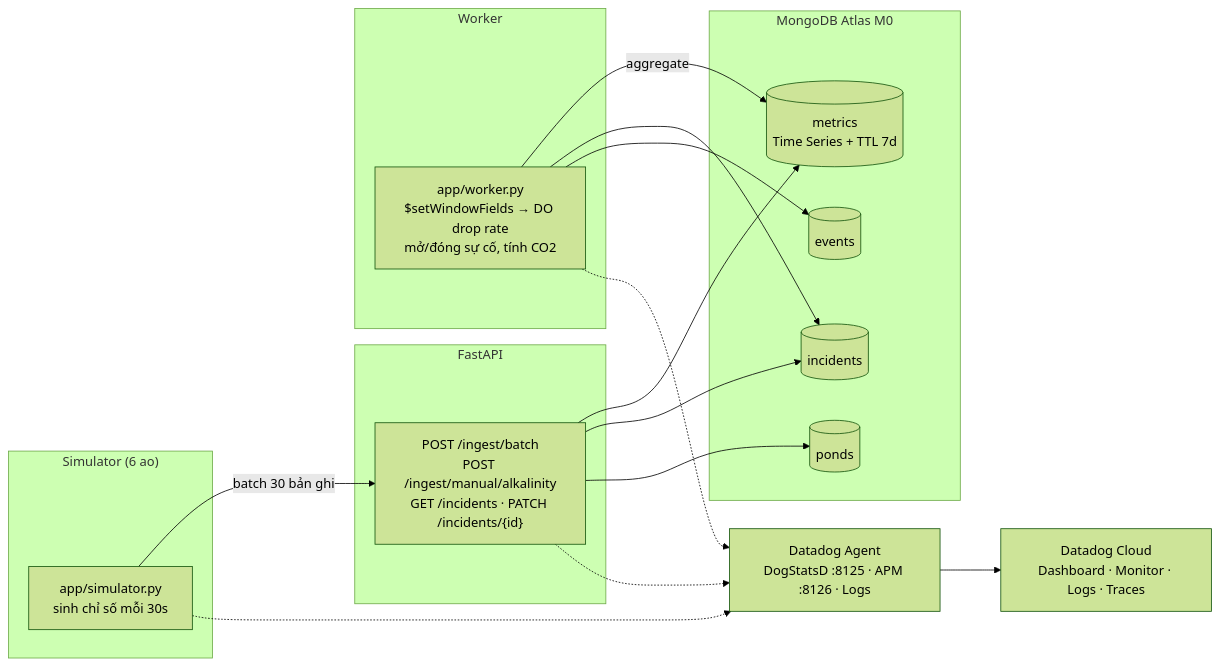
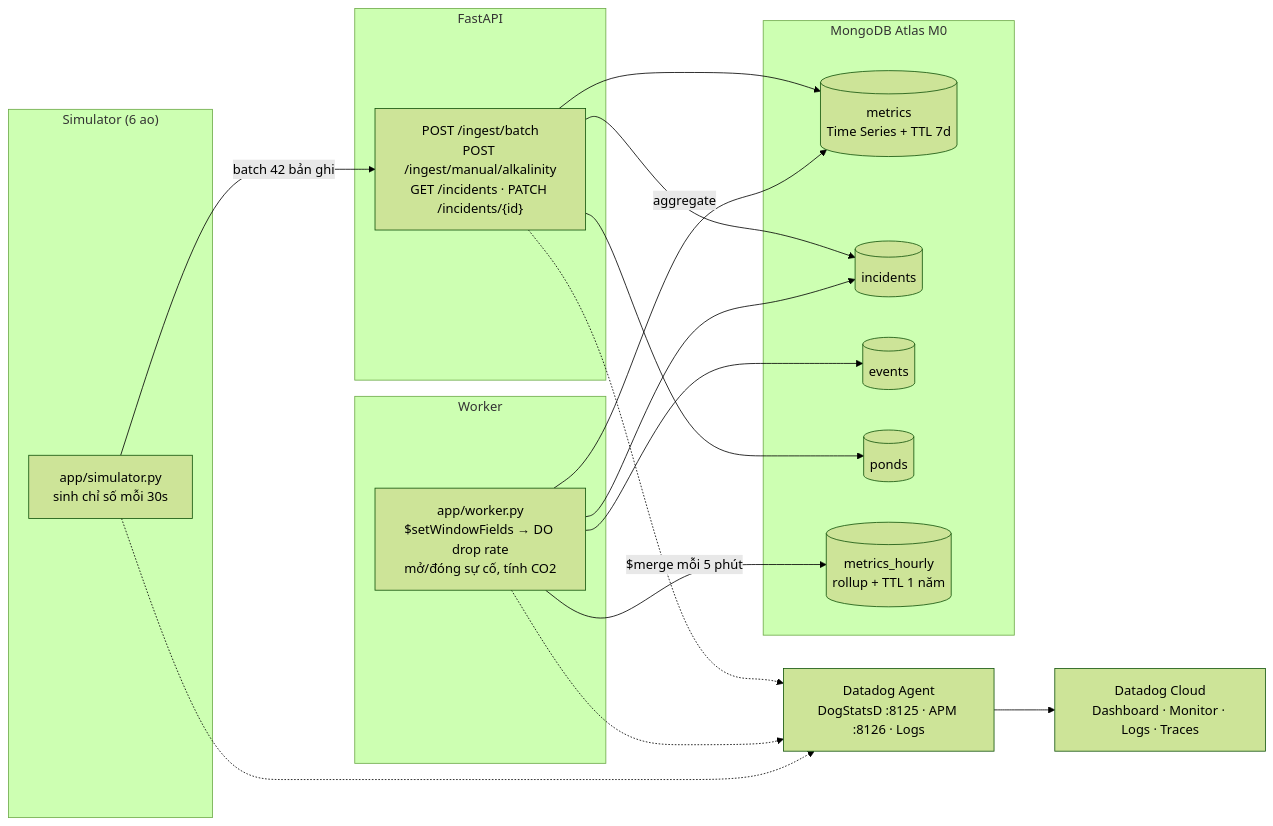
Before and after one commit to tranducvu3/shrimpwatch: the diagram in README.md, drawn with Mermaid (forest theme). The commit also changed other lines of this file and 7 other files, not shown here.

````diff
--- a/README.md
+++ b/README.md
@@ -66,32 +67,34 @@
 ```mermaid
 flowchart LR
     subgraph SIM["Simulator (6 ao)"]
         S["app/simulator.py<br/>sinh chỉ số mỗi 30s"]
     end
     subgraph API["FastAPI"]
         A["POST /ingest/batch<br/>POST /ingest/manual/alkalinity<br/>GET /incidents · PATCH /incidents/{id}"]
     end
     subgraph W["Worker"]
         K["app/worker.py<br/>$setWindowFields → DO drop rate<br/>mở/đóng sự cố, tính CO2"]
     end
     subgraph MONGO["MongoDB Atlas M0"]
         M1[("metrics<br/>Time Series + TTL 7d")]
         M2[("incidents")]
         M3[("events")]
         M4[("ponds")]
+        M5[("metrics_hourly<br/>rollup + TTL 1 năm")]
     end
     DDA["Datadog Agent<br/>DogStatsD :8125 · APM :8126 · Logs"]
     DD["Datadog Cloud<br/>Dashboard · Monitor · Logs · Traces"]
 
-    S -->|batch 30 bản ghi| A
+    S -->|batch 42 bản ghi| A
     A --> M1
     A --> M2
     A --> M4
     K -->|aggregate| M1
     K --> M2
     K --> M3
+    K -->|$merge mỗi 5 phút| M5
     A -.-> DDA
     K -.-> DDA
     S -.-> DDA
     DDA --> DD
 ```
````
